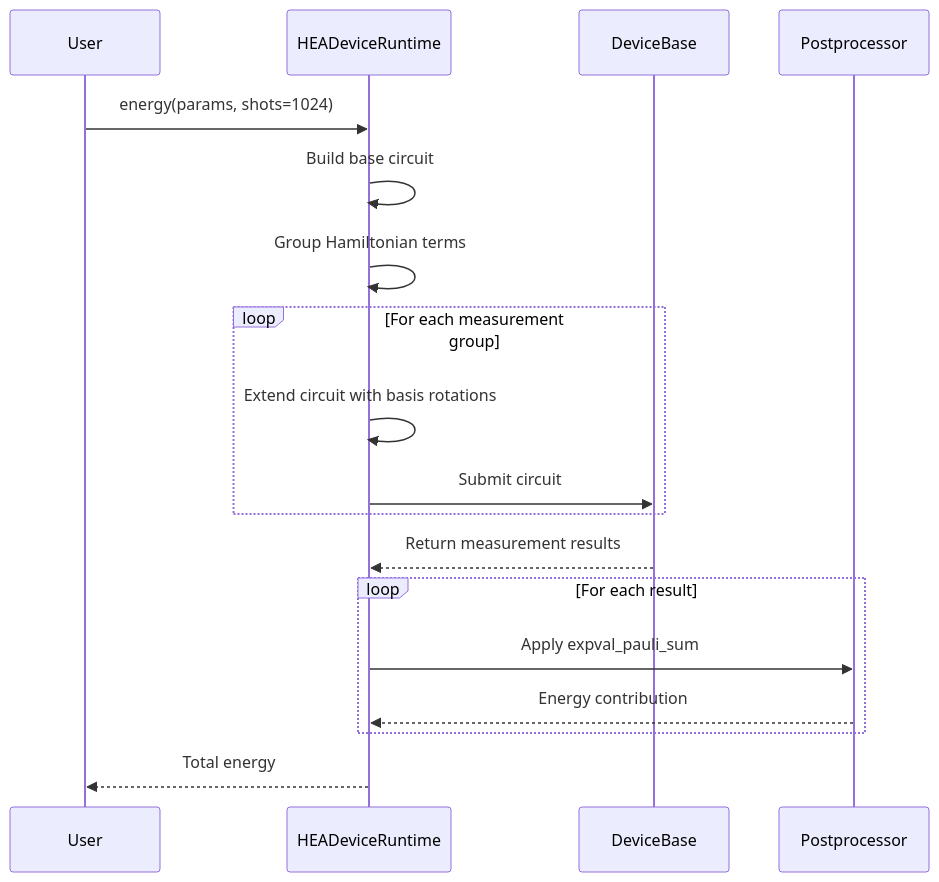
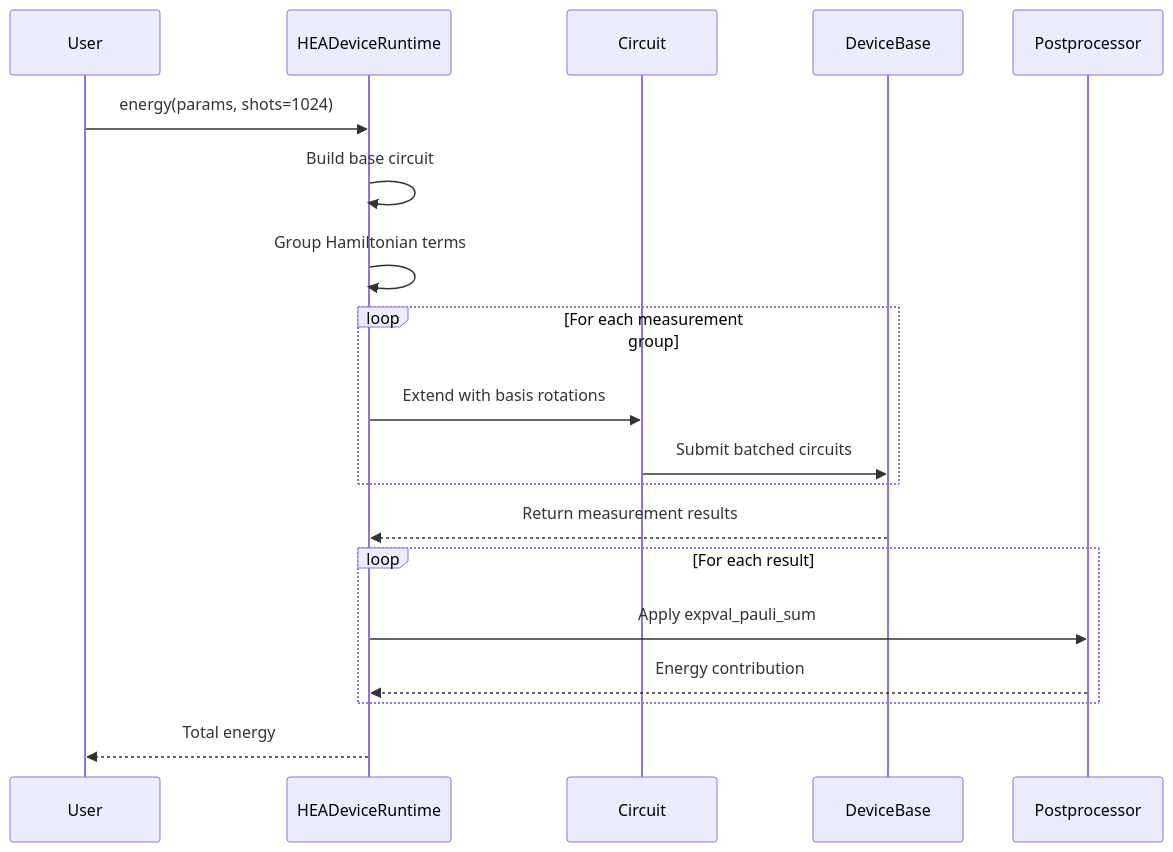
One commit to QureGenAI-Biotech/TyxonQ changed the first of 6 diagrams in .qoder/repowiki/en/content/Quantum Chemistry Applications/Execution Runtimes/Execution Runtimes.md. Above: the diagram before and after it, drawn with Mermaid. The commit also changed other lines of this file and 516 other files, not shown here.

````diff
--- a/.qoder/repowiki/en/content/Quantum Chemistry Applications/Execution Runtimes/Execution Runtimes.md
+++ b/.qoder/repowiki/en/content/Quantum Chemistry Applications/Execution Runtimes/Execution Runtimes.md
@@ -51,20 +63,21 @@
 ```mermaid
 sequenceDiagram
 participant User
 participant HEADeviceRuntime
+participant Circuit
 participant DeviceBase
 participant Postprocessor
 User->>HEADeviceRuntime : energy(params, shots=1024)
 HEADeviceRuntime->>HEADeviceRuntime : Build base circuit
 HEADeviceRuntime->>HEADeviceRuntime : Group Hamiltonian terms
 loop For each measurement group
-HEADeviceRuntime->>HEADeviceRuntime : Extend circuit with basis rotations
-HEADeviceRuntime->>DeviceBase : Submit circuit
+HEADeviceRuntime->>Circuit : Extend with basis rotations
+Circuit->>DeviceBase : Submit batched circuits
 end
 DeviceBase-->>HEADeviceRuntime : Return measurement results
 loop For each result
 HEADeviceRuntime->>Postprocessor : Apply expval_pauli_sum
 Postprocessor-->>HEADeviceRuntime : Energy contribution
 end
 HEADeviceRuntime-->>User : Total energy
 ```
````
